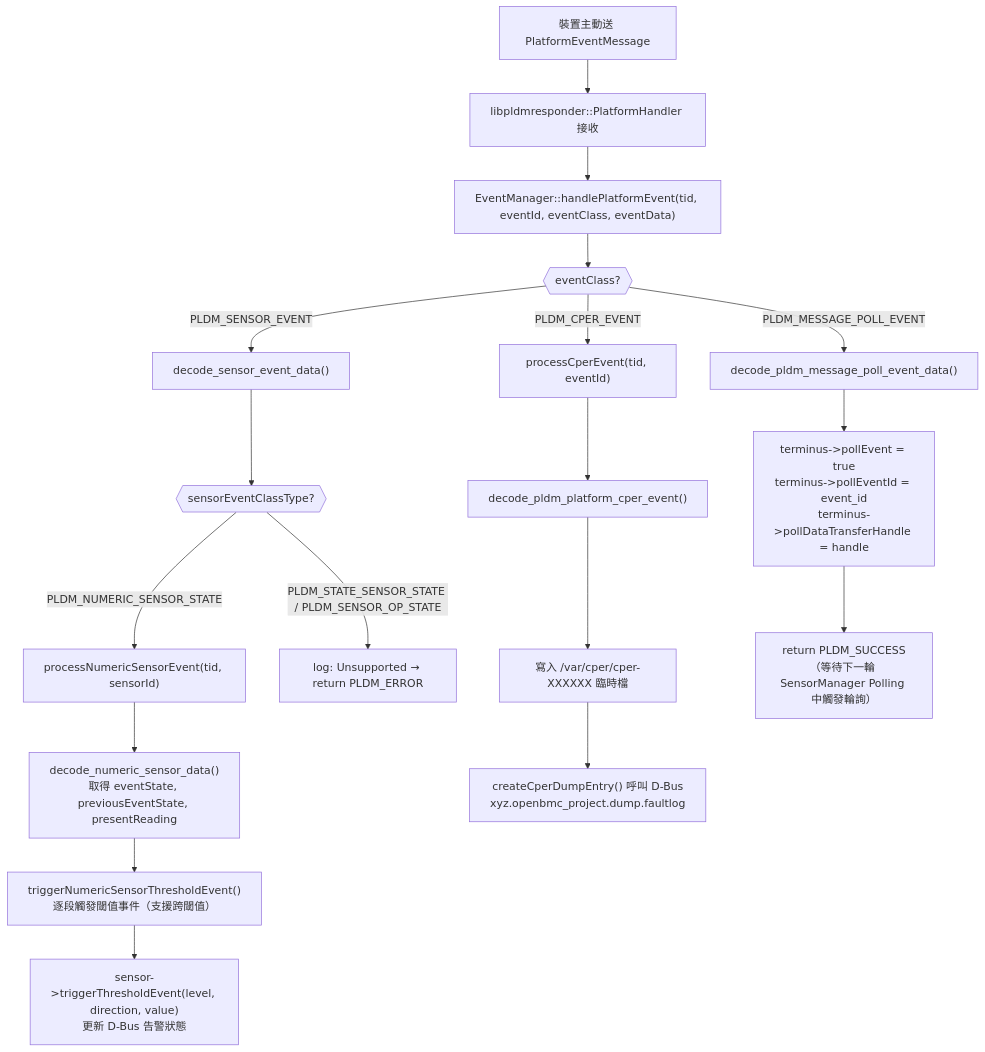
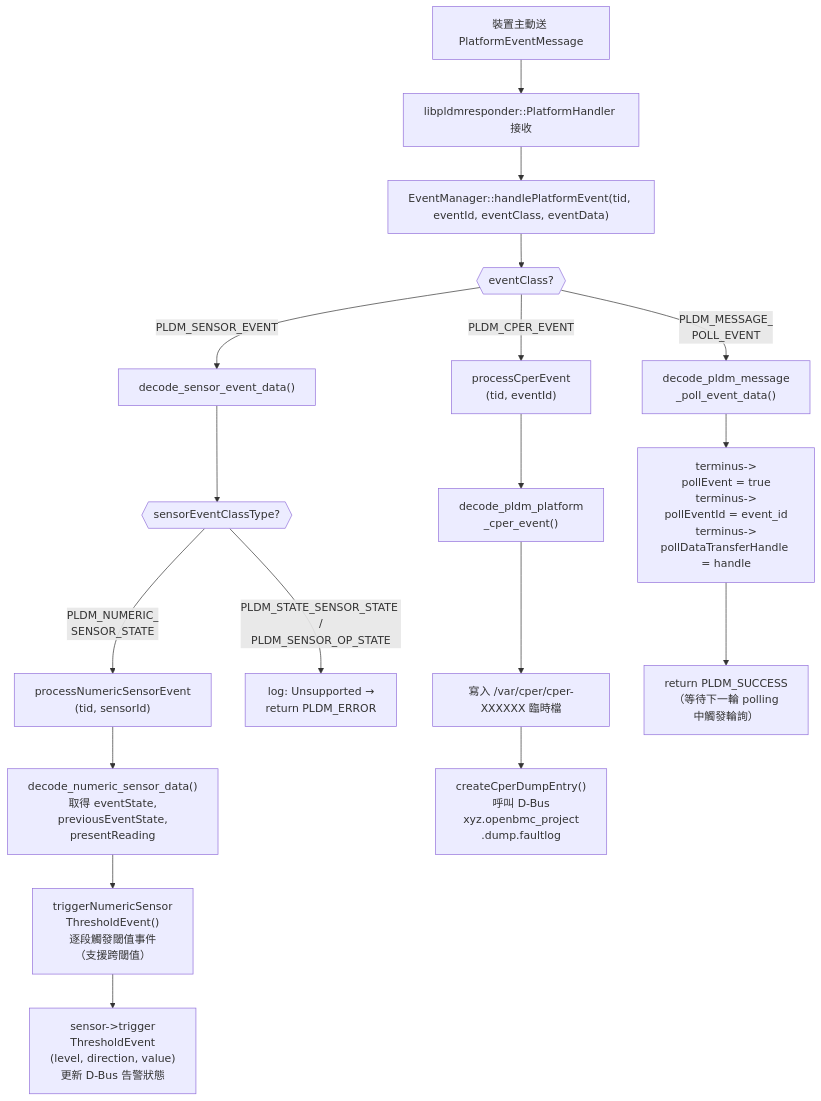
The fifth of 7 diagrams in pldm/PlatformMC.md (chilung-cgu/bmc-firmware-knowledge-base), drawn with Mermaid before and after one commit. The commit also changed 2 other files, not shown here.

Commit message:
docs(pldm): 補充修正 Mermaid 節點中過長的方法名稱
掃描並修正了 CodeFlows.md、PlatformMC.md 以及 BIOSConfig.md 中殘存的過長字串（如 `initMctpTerminus()`、`processNumericSensorEvent()`、`SetBIOSAttributeCurrentValue` 等）。將這些長字串加上 `<br/>` 換行標籤，確保在各種寬度的 VS Code 預覽視窗中都不會發生邊緣文字被截斷的問題。

````diff
--- a/pldm/PlatformMC.md
+++ b/pldm/PlatformMC.md
@@ -472,24 +472,24 @@
 ```mermaid
 flowchart TD
     A["裝置主動送 PlatformEventMessage"] --> B["libpldmresponder::PlatformHandler 接收"]
     B --> C["EventManager::handlePlatformEvent(tid, eventId, eventClass, eventData)"]
 
     C --> D{{"eventClass?"}}
 
     D -->|"PLDM_SENSOR_EVENT"| E["decode_sensor_event_data()"]
     E --> F{{"sensorEventClassType?"}}
-    F -->|"PLDM_NUMERIC_SENSOR_STATE"| G["processNumericSensorEvent(tid, sensorId)"]
-    G --> G1["decode_numeric_sensor_data()<br>取得 eventState, previousEventState, presentReading"]
-    G1 --> G2["triggerNumericSensorThresholdEvent()<br>逐段觸發閾值事件（支援跨閾值）"]
-    G2 --> G3["sensor->triggerThresholdEvent(level, direction, value)<br>更新 D-Bus 告警狀態"]
-    F -->|"PLDM_STATE_SENSOR_STATE / PLDM_SENSOR_OP_STATE"| F2["log: Unsupported → return PLDM_ERROR"]
+    F -->|"PLDM_NUMERIC_<br/>SENSOR_STATE"| G["processNumericSensorEvent<br/>(tid, sensorId)"]
+    G --> G1["decode_numeric_sensor_data()<br/>取得 eventState,<br/>previousEventState,<br/>presentReading"]
+    G1 --> G2["triggerNumericSensor<br/>ThresholdEvent()<br/>逐段觸發閾值事件<br/>（支援跨閾值）"]
+    G2 --> G3["sensor->trigger<br/>ThresholdEvent<br/>(level, direction, value)<br/>更新 D-Bus 告警狀態"]
+    F -->|"PLDM_STATE_SENSOR_STATE /<br/>PLDM_SENSOR_OP_STATE"| F2["log: Unsupported →<br/>return PLDM_ERROR"]
 
-    D -->|"PLDM_CPER_EVENT"| H["processCperEvent(tid, eventId)"]
-    H --> H1["decode_pldm_platform_cper_event()"]
+    D -->|"PLDM_CPER_EVENT"| H["processCperEvent<br/>(tid, eventId)"]
+    H --> H1["decode_pldm_platform<br/>_cper_event()"]
     H1 --> H2["寫入 /var/cper/cper-XXXXXX 臨時檔"]
-    H2 --> H3["createCperDumpEntry() 呼叫 D-Bus<br>xyz.openbmc_project.dump.faultlog"]
+    H2 --> H3["createCperDumpEntry()<br/>呼叫 D-Bus<br/>xyz.openbmc_project<br/>.dump.faultlog"]
 
-    D -->|"PLDM_MESSAGE_POLL_EVENT"| I["decode_pldm_message_poll_event_data()"]
-    I --> I1["terminus->pollEvent = true<br>terminus->pollEventId = event_id<br>terminus->pollDataTransferHandle = handle"]
-    I1 --> I2["return PLDM_SUCCESS<br>（等待下一輪 SensorManager Polling 中觸發輪詢）"]
+    D -->|"PLDM_MESSAGE_<br/>POLL_EVENT"| I["decode_pldm_message<br/>_poll_event_data()"]
+    I --> I1["terminus-><br/>pollEvent = true<br/>terminus-><br/>pollEventId = event_id<br/>terminus-><br/>pollDataTransferHandle = handle"]
+    I1 --> I2["return PLDM_SUCCESS<br/>（等待下一輪 polling<br/>中觸發輪詢）"]
 ```
````
